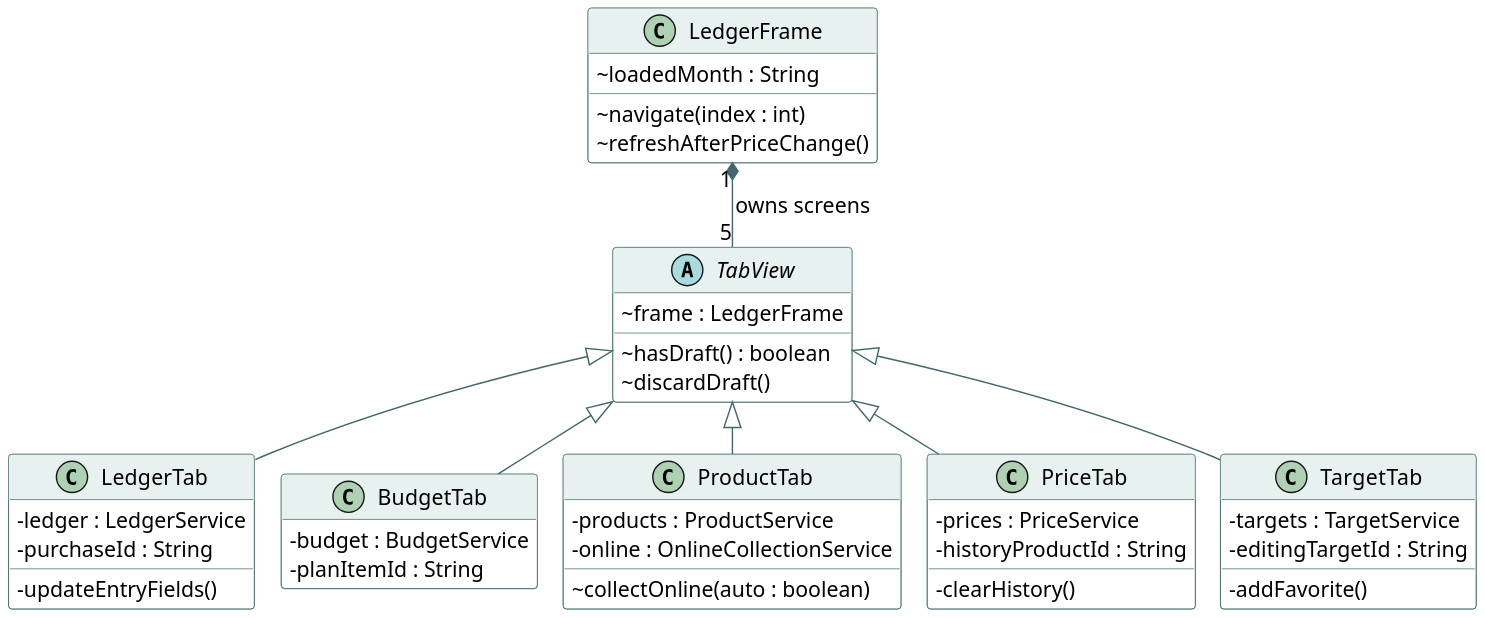
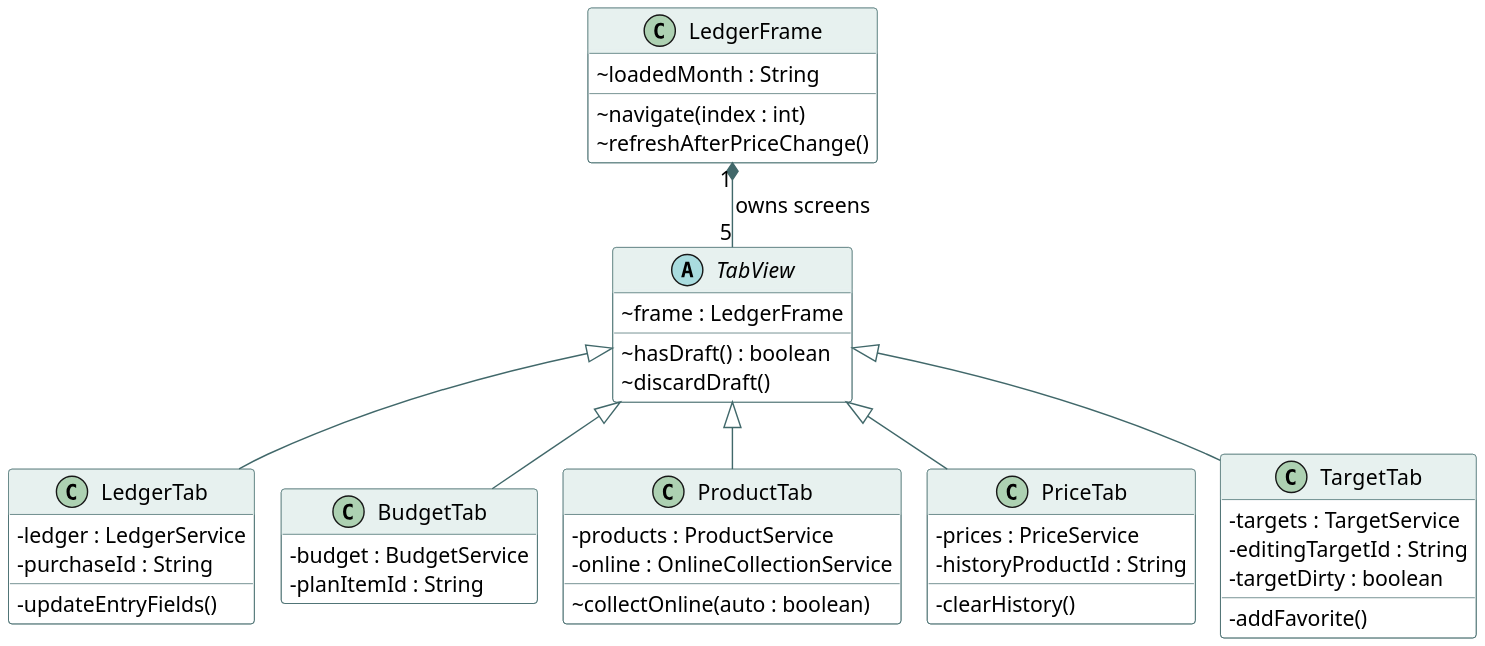
One commit to hyeonsu-test/smart-grocery-ledger changed the diagram in doc/class-storage-ui.puml. Above: the diagram before and after it, drawn with PlantUML. The commit also changed 29 other files, not shown here.

```diff
--- a/doc/class-storage-ui.puml
+++ b/doc/class-storage-ui.puml
@@ -1,54 +1,55 @@
 @startuml
 !pragma layout smetana
 skinparam dpi 170
 skinparam shadowing false
 skinparam classAttributeIconSize 0
 skinparam defaultFontName Arial
 skinparam defaultFontSize 15
 skinparam classBackgroundColor #FFFFFF
 skinparam classBorderColor #41686A
 skinparam classHeaderBackgroundColor #E7F1EF
 skinparam ArrowColor #41686A
 hide empty members
 top to bottom direction
 class LedgerFrame {
   ~ loadedMonth : String
   ~ navigate(index : int)
   ~ refreshAfterPriceChange()
 }
 abstract class TabView {
   ~ frame : LedgerFrame
   ~ hasDraft() : boolean
   ~ discardDraft()
 }
 class LedgerTab {
   - ledger : LedgerService
   - purchaseId : String
   - updateEntryFields()
 }
 class BudgetTab {
   - budget : BudgetService
   - planItemId : String
 }
 class ProductTab {
   - products : ProductService
   - online : OnlineCollectionService
   ~ collectOnline(auto : boolean)
 }
 class PriceTab {
   - prices : PriceService
   - historyProductId : String
   - clearHistory()
 }
 class TargetTab {
   - targets : TargetService
   - editingTargetId : String
+  - targetDirty : boolean
   - addFavorite()
 }
 LedgerFrame "1" *-- "5" TabView : owns screens
 TabView <|-- LedgerTab
 TabView <|-- BudgetTab
 TabView <|-- ProductTab
 TabView <|-- PriceTab
 TabView <|-- TargetTab
 @enduml
```
